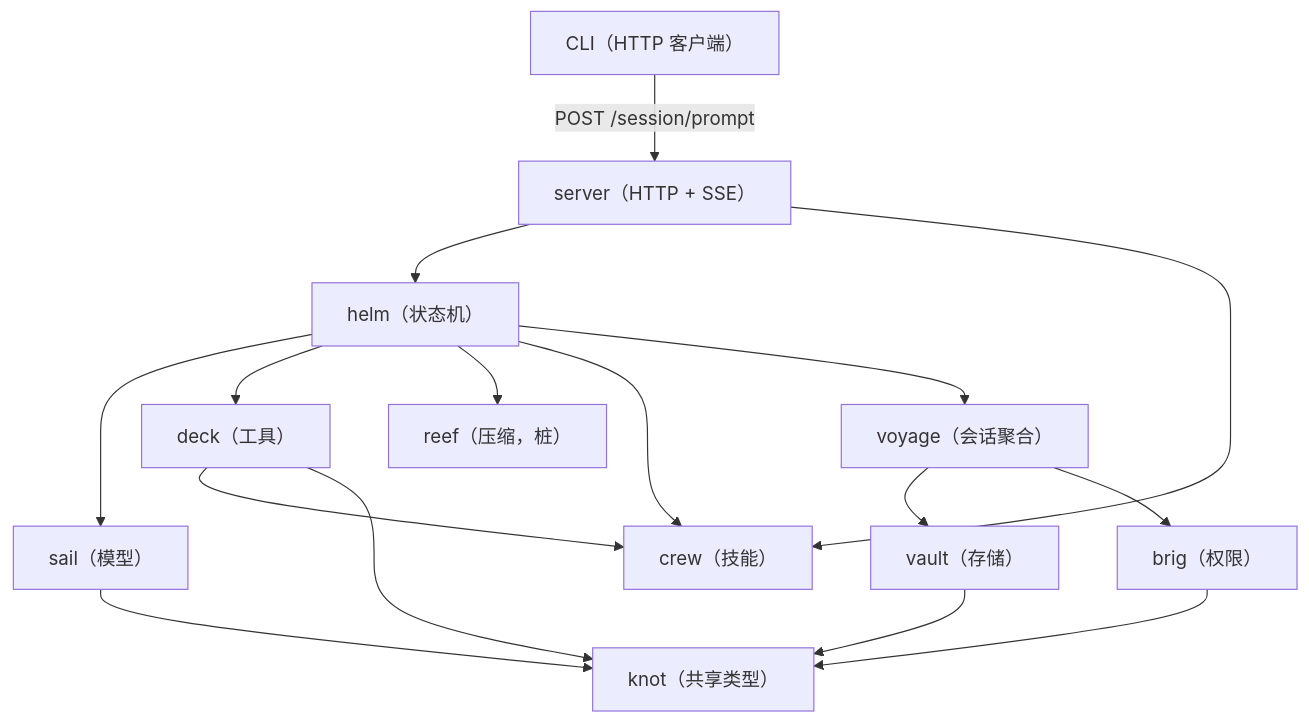
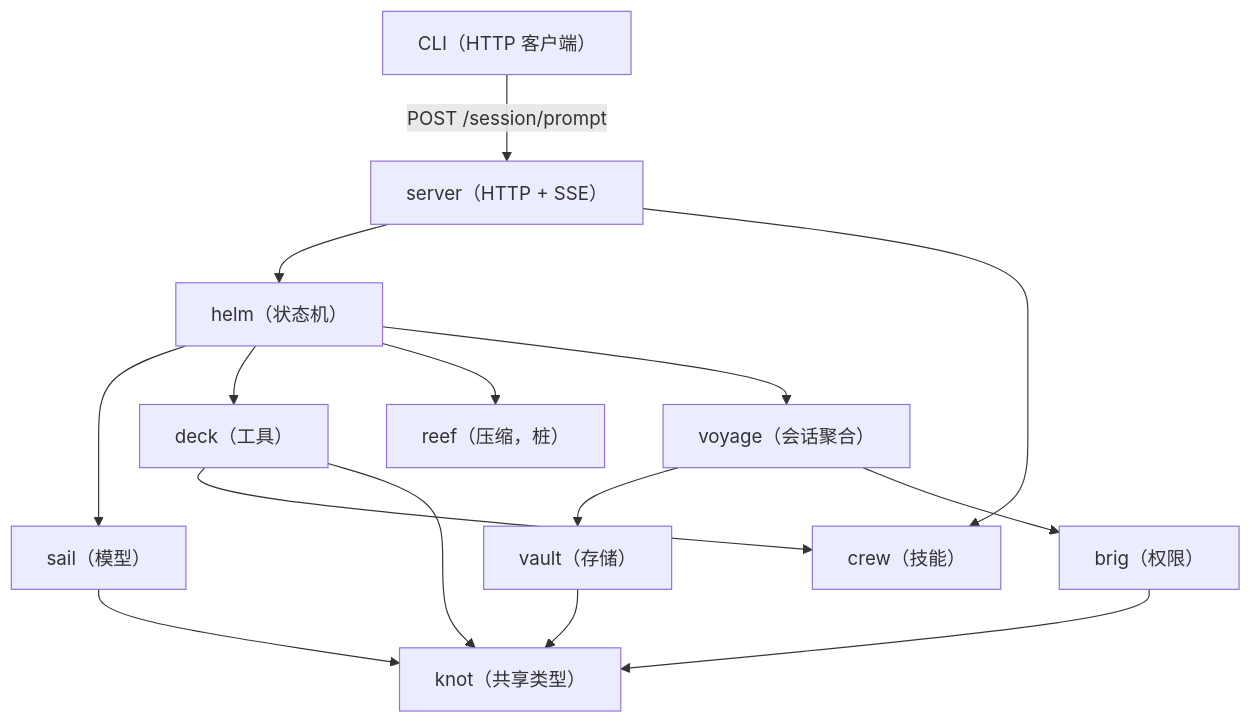
Before and after one commit to gaiusliu/argo: the diagram in docs/architecture.md, drawn with Mermaid. The commit also changed other lines of this file, not shown here.

Commit message:
修正 architecture.md mermaid 图：crew 独立成行，消除箭头穿插

````diff
--- a/docs/architecture.md
+++ b/docs/architecture.md
@@ -21,24 +21,24 @@
 ```mermaid
 flowchart TB
     CLI["CLI（HTTP 客户端）"]
     Server["server（HTTP + SSE）"]
 
     CLI -->|POST /session/prompt| Server
     Server --> Helm["helm（状态机）"]
 
     Helm --> Sail["sail（模型）"]
     Helm --> Deck["deck（工具）"]
     Helm --> Reef["reef（压缩，桩）"]
-    Helm --> Crew["crew（技能）"]
-    Deck --> Crew
-    Server --> Crew
 
     Helm --> Voyage["voyage（会话聚合）"]
     Voyage --> Vault["vault（存储）"]
     Voyage --> Brig["brig（权限）"]
+
+    Deck --> Crew["crew（技能）"]
+    Server --> Crew
 
     Vault --> Knot["knot（共享类型）"]
     Sail --> Knot
     Deck --> Knot
     Brig --> Knot
 ```
````
